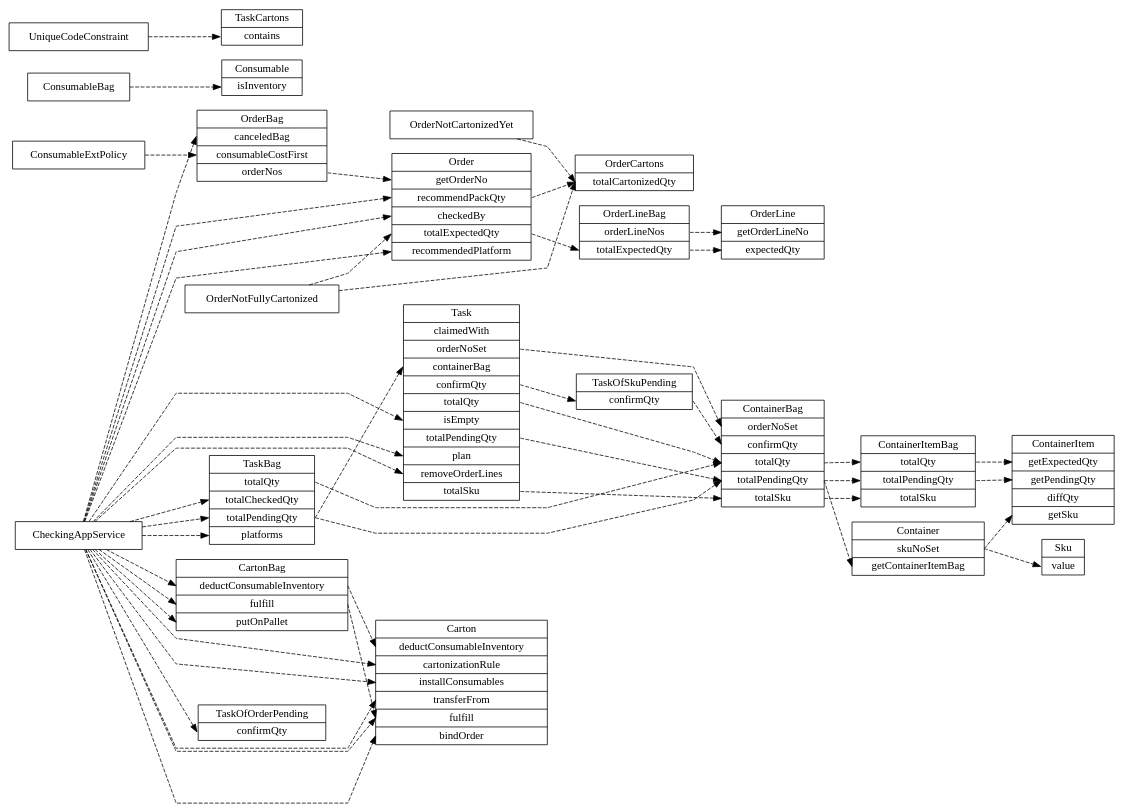
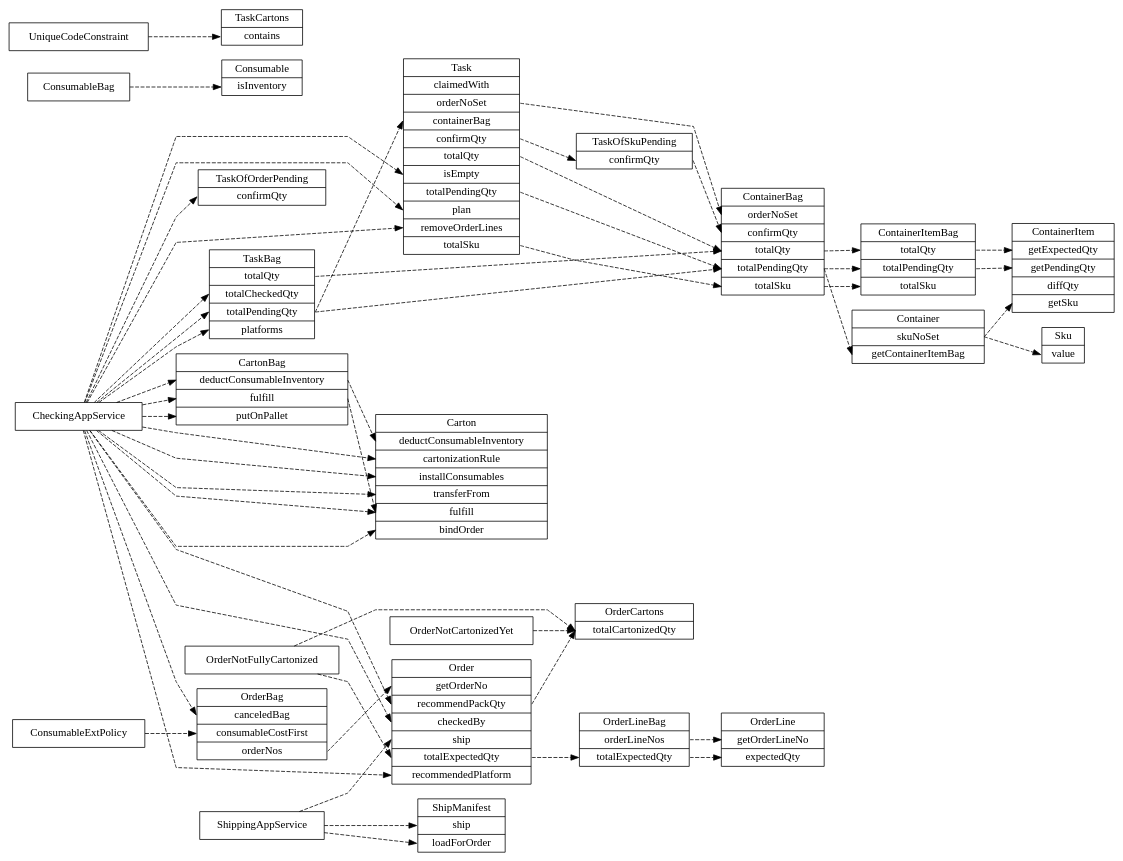
One commit to funkygao/cp-ddd-framework changed the diagram in doc/callgraph.dot. Above: the diagram before and after it, drawn with Graphviz. The commit also changed 4 other files, not shown here.

```diff
--- a/doc/callgraph.dot
+++ b/doc/callgraph.dot
@@ -1,76 +1,80 @@
 digraph G {
    labelloc = "t";
    rankdir=LR;
    splines = polyline;
    node [shape=record];
    edge [style = dashed, fontsize=10];
 
    Carton [label="<Carton> Carton|<deductConsumableInventory> deductConsumableInventory|<cartonizationRule> cartonizationRule|<installConsumables> installConsumables|<transferFrom> transferFrom|<fulfill> fulfill|<bindOrder> bindOrder"];
    CartonBag [label="<CartonBag> CartonBag|<deductConsumableInventory> deductConsumableInventory|<fulfill> fulfill|<putOnPallet> putOnPallet"];
    Consumable [label="<Consumable> Consumable|<isInventory> isInventory"];
    Container [label="<Container> Container|<skuNoSet> skuNoSet|<getContainerItemBag> getContainerItemBag"];
    ContainerBag [label="<ContainerBag> ContainerBag|<orderNoSet> orderNoSet|<confirmQty> confirmQty|<totalQty> totalQty|<totalPendingQty> totalPendingQty|<totalSku> totalSku"];
    ContainerItem [label="<ContainerItem> ContainerItem|<getExpectedQty> getExpectedQty|<getPendingQty> getPendingQty|<diffQty> diffQty|<getSku> getSku"];
    ContainerItemBag [label="<ContainerItemBag> ContainerItemBag|<totalQty> totalQty|<totalPendingQty> totalPendingQty|<totalSku> totalSku"];
-   Order [label="<Order> Order|<getOrderNo> getOrderNo|<recommendPackQty> recommendPackQty|<checkedBy> checkedBy|<totalExpectedQty> totalExpectedQty|<recommendedPlatform> recommendedPlatform"];
+   Order [label="<Order> Order|<getOrderNo> getOrderNo|<recommendPackQty> recommendPackQty|<checkedBy> checkedBy|<ship> ship|<totalExpectedQty> totalExpectedQty|<recommendedPlatform> recommendedPlatform"];
    OrderBag [label="<OrderBag> OrderBag|<canceledBag> canceledBag|<consumableCostFirst> consumableCostFirst|<orderNos> orderNos"];
    OrderCartons [label="<OrderCartons> OrderCartons|<totalCartonizedQty> totalCartonizedQty"];
    OrderLine [label="<OrderLine> OrderLine|<getOrderLineNo> getOrderLineNo|<expectedQty> expectedQty"];
    OrderLineBag [label="<OrderLineBag> OrderLineBag|<orderLineNos> orderLineNos|<totalExpectedQty> totalExpectedQty"];
+   ShipManifest [label="<ShipManifest> ShipManifest|<ship> ship|<loadForOrder> loadForOrder"];
    Sku [label="<Sku> Sku|<value> value"];
    Task [label="<Task> Task|<claimedWith> claimedWith|<orderNoSet> orderNoSet|<containerBag> containerBag|<confirmQty> confirmQty|<totalQty> totalQty|<isEmpty> isEmpty|<totalPendingQty> totalPendingQty|<plan> plan|<removeOrderLines> removeOrderLines|<totalSku> totalSku"];
    TaskBag [label="<TaskBag> TaskBag|<totalQty> totalQty|<totalCheckedQty> totalCheckedQty|<totalPendingQty> totalPendingQty|<platforms> platforms"];
    TaskCartons [label="<TaskCartons> TaskCartons|<contains> contains"];
    TaskOfOrderPending [label="<TaskOfOrderPending> TaskOfOrderPending|<confirmQty> confirmQty"];
    TaskOfSkuPending [label="<TaskOfSkuPending> TaskOfSkuPending|<confirmQty> confirmQty"];
 
    CartonBag:deductConsumableInventory -> Carton:deductConsumableInventory
    CartonBag:fulfill -> Carton:fulfill
    CheckingAppService -> TaskOfOrderPending:confirmQty
    CheckingAppService -> CartonBag:fulfill
    CheckingAppService -> CartonBag:putOnPallet
    CheckingAppService -> Order:checkedBy
    CheckingAppService -> CartonBag:deductConsumableInventory
    CheckingAppService -> Carton:cartonizationRule
    CheckingAppService -> Carton:bindOrder
    CheckingAppService -> Carton:transferFrom
    CheckingAppService -> OrderBag:canceledBag
    CheckingAppService -> Order:recommendPackQty
    CheckingAppService -> Carton:installConsumables
    CheckingAppService -> Carton:fulfill
    CheckingAppService -> Order:recommendedPlatform
    CheckingAppService -> TaskBag:platforms
    CheckingAppService -> TaskBag:totalCheckedQty
    CheckingAppService -> TaskBag:totalPendingQty
    CheckingAppService -> Task:removeOrderLines
    CheckingAppService -> Task:isEmpty
    CheckingAppService -> Task:plan
    ConsumableBag:inventoryControlBag -> Consumable:isInventory
    ConsumableExtPolicy -> OrderBag:consumableCostFirst
    ContainerBag:totalPendingQty -> ContainerItemBag:totalPendingQty
    ContainerBag:totalPendingQty -> Container:getContainerItemBag
    ContainerBag:totalQty -> ContainerItemBag:totalQty
    ContainerBag:totalSku -> ContainerItemBag:totalSku
    ContainerItemBag:totalPendingQty -> ContainerItem:getPendingQty
    ContainerItemBag:totalQty -> ContainerItem:getExpectedQty
    Container:skuNoSet -> Sku:value
    Container:skuNoSet -> ContainerItem:getSku
    OrderBag:orderNos -> Order:getOrderNo
    OrderLineBag:orderLineNos -> OrderLine:getOrderLineNo
    OrderLineBag:totalExpectedQty -> OrderLine:expectedQty
    OrderNotCartonizedYet -> OrderCartons:totalCartonizedQty
    OrderNotFullyCartonized -> Order:totalExpectedQty
    OrderNotFullyCartonized -> OrderCartons:totalCartonizedQty
    Order:recommendPackQty -> OrderCartons:totalCartonizedQty
    Order:totalExpectedQty -> OrderLineBag:totalExpectedQty
+   ShippingAppService -> ShipManifest:loadForOrder
+   ShippingAppService -> ShipManifest:ship
+   ShippingAppService -> Order:ship
    TaskBag:totalPendingQty -> ContainerBag:totalPendingQty
    TaskBag:totalPendingQty -> Task:containerBag
    TaskBag:totalQty -> ContainerBag:totalQty
    TaskOfSkuPending:confirmQty -> ContainerBag:confirmQty
    Task:confirmQty -> TaskOfSkuPending:confirmQty
    Task:orderNoSet -> ContainerBag:orderNoSet
    Task:totalPendingQty -> ContainerBag:totalPendingQty
    Task:totalQty -> ContainerBag:totalQty
    Task:totalSku -> ContainerBag:totalSku
    UniqueCodeConstraint -> TaskCartons:contains
 }
```
